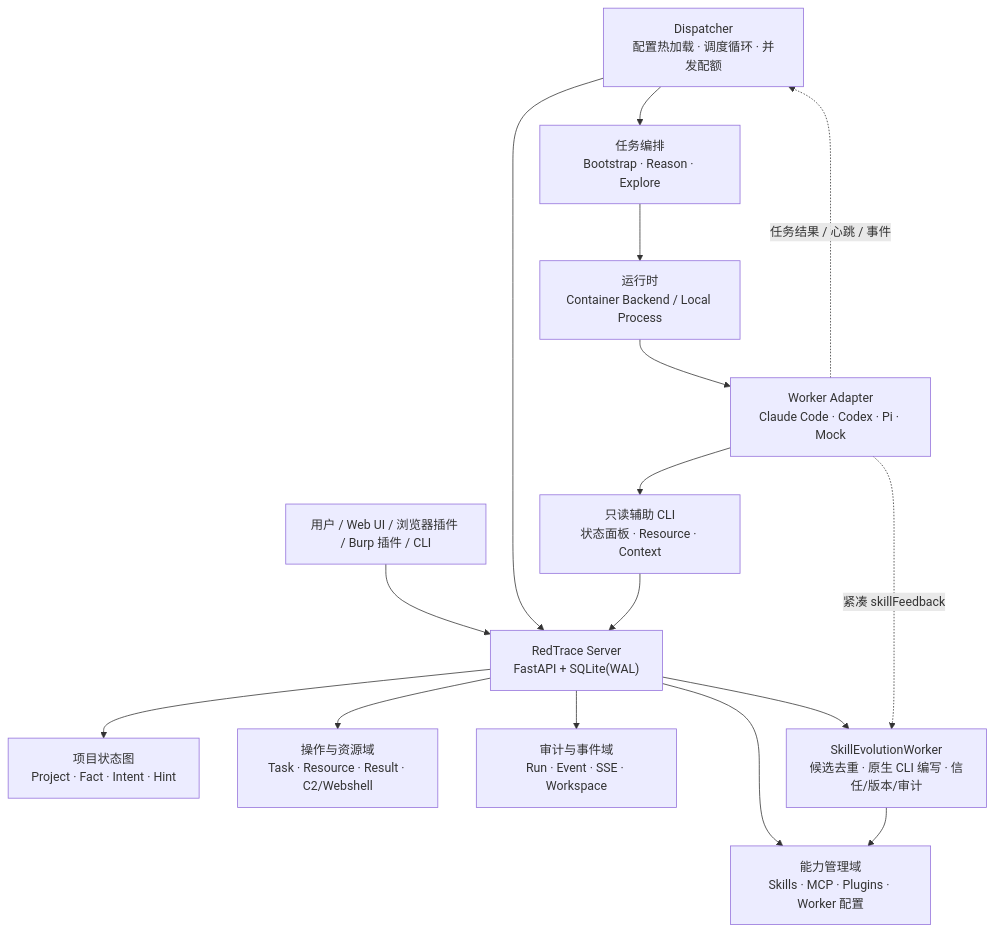
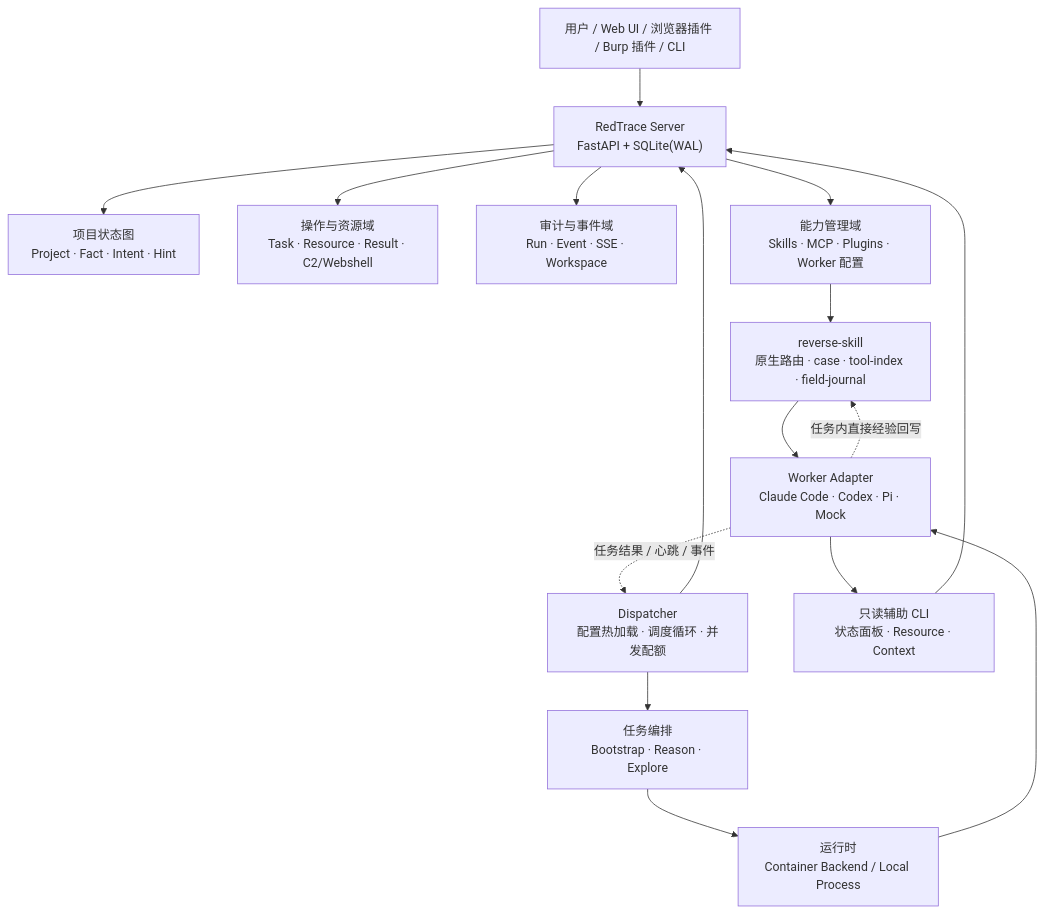
Before and after one commit to 0X6C7879/RedTrace: the diagram in README.md, drawn with Mermaid. The commit also changed other lines of this file and 1356 other files, not shown here.

````diff
--- a/README.md
+++ b/README.md
@@ -30,31 +30,31 @@
 ```mermaid
 flowchart TB
     U["用户 / Web UI / 浏览器插件 / Burp 插件 / CLI"]
     API["RedTrace Server<br/>FastAPI + SQLite(WAL)"]
     GRAPH["项目状态图<br/>Project · Fact · Intent · Hint"]
     OPS["操作与资源域<br/>Task · Resource · Result · C2/Webshell"]
     AUDIT["审计与事件域<br/>Run · Event · SSE · Workspace"]
     CAPS["能力管理域<br/>Skills · MCP · Plugins · Worker 配置"]
     D["Dispatcher<br/>配置热加载 · 调度循环 · 并发配额"]
     TASK["任务编排<br/>Bootstrap · Reason · Explore"]
     RT["运行时<br/>Container Backend / Local Process"]
     W["Worker Adapter<br/>Claude Code · Codex · Pi · Mock"]
     CLI["只读辅助 CLI<br/>状态面板 · Resource · Context"]
-    EV["SkillEvolutionWorker<br/>候选去重 · 原生 CLI 编写 · 信任/版本/审计"]
+    REV["reverse-skill<br/>原生路由 · case · tool-index · field-journal"]
 
     U --> API
     API --> GRAPH
     API --> OPS
     API --> AUDIT
     API --> CAPS
     D --> API
     D --> TASK
     TASK --> RT
     RT --> W
     W --> CLI
     CLI --> API
-    W -. 紧凑 skillFeedback .-> EV
-    API --> EV
-    EV --> CAPS
+    CAPS --> REV
+    REV --> W
+    W -. "任务内直接经验回写" .-> REV
     W -. "任务结果 / 心跳 / 事件" .-> D
 ```
````
